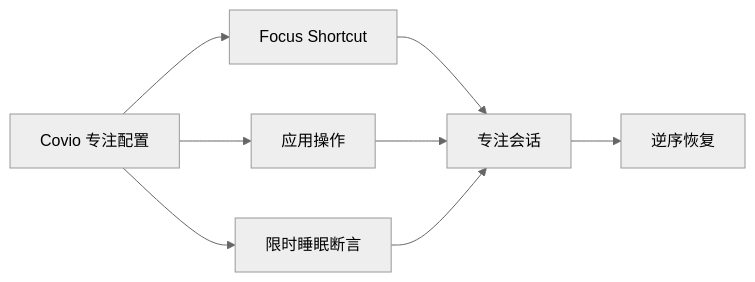
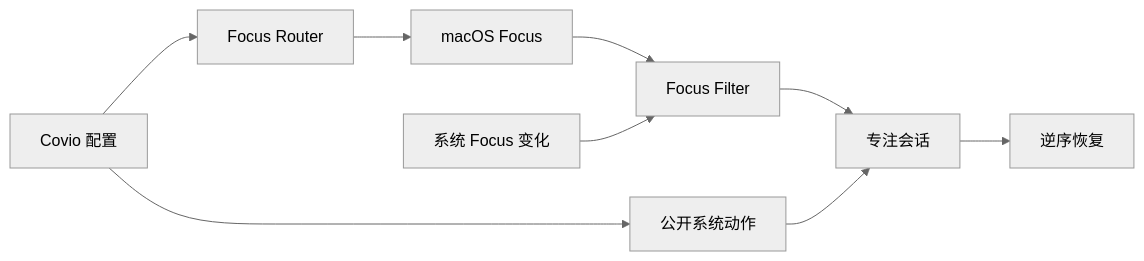
Before and after one commit to wyz541/kmp-Covio: the diagram in docs/research/focus-mode-system-adjustments/README.md, drawn with Mermaid (neutral theme). The commit also changed other lines of this file and 8 other files, not shown here.

````diff
--- a/docs/research/focus-mode-system-adjustments/README.md
+++ b/docs/research/focus-mode-system-adjustments/README.md
@@ -87,10 +90,11 @@
 ```mermaid
 flowchart LR
-  P[Covio 专注配置] --> F[Focus Shortcut]
-  P --> A[应用操作]
-  P --> W[限时睡眠断言]
-  F --> S[专注会话]
+  P[Covio 配置] --> H[Focus Router]
+  H --> F[macOS Focus]
+  F --> B[Focus Filter]
+  C[系统 Focus 变化] --> B
+  B --> S[专注会话]
+  P --> A[公开系统动作]
   A --> S
-  W --> S
   S --> R[逆序恢复]
 ```
````
